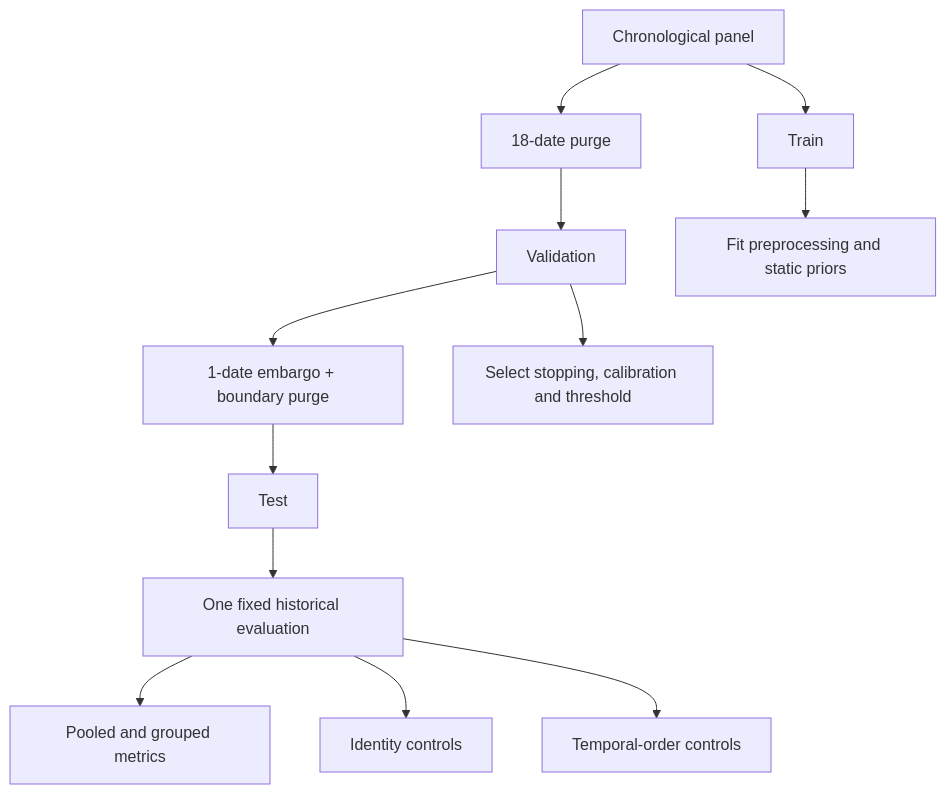
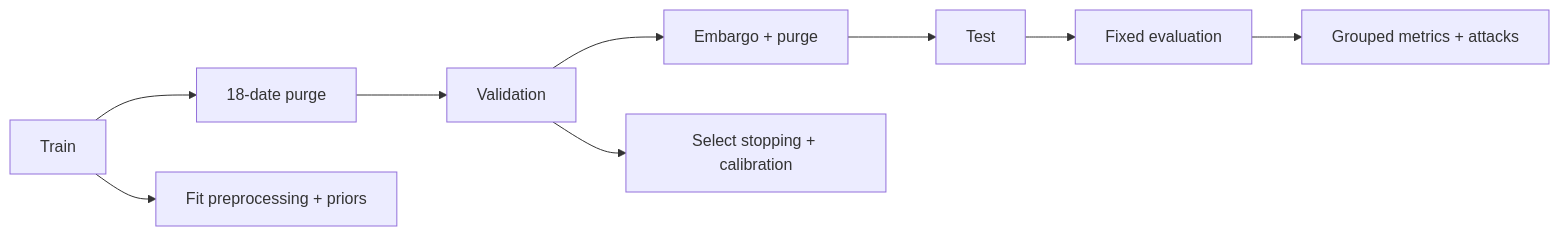
Before and after one commit to husaam-atq/MSc-financial-transformer-market-dynamics: the third of 4 diagrams in README.md, drawn with Mermaid. The commit also changed other lines of this file and 2 other files, not shown here.

````diff
--- a/README.md
+++ b/README.md
@@ -242,14 +287,11 @@
 ```mermaid
-flowchart TD
-    A["Chronological panel"] --> B["Train"]
-    A --> C["18-date purge"]
-    C --> D["Validation"]
-    D --> E["1-date embargo + boundary purge"]
-    E --> F["Test"]
-    B --> G["Fit preprocessing and static priors"]
-    D --> H["Select stopping, calibration and threshold"]
-    F --> I["One fixed historical evaluation"]
-    I --> J["Pooled and grouped metrics"]
-    I --> K["Identity controls"]
-    I --> L["Temporal-order controls"]
+flowchart LR
+    A["Train"] --> B["18-date purge"]
+    B --> C["Validation"]
+    C --> D["Embargo + purge"]
+    D --> E["Test"]
+    A --> F["Fit preprocessing + priors"]
+    C --> G["Select stopping + calibration"]
+    E --> H["Fixed evaluation"]
+    H --> I["Grouped metrics + attacks"]
 ```
````
